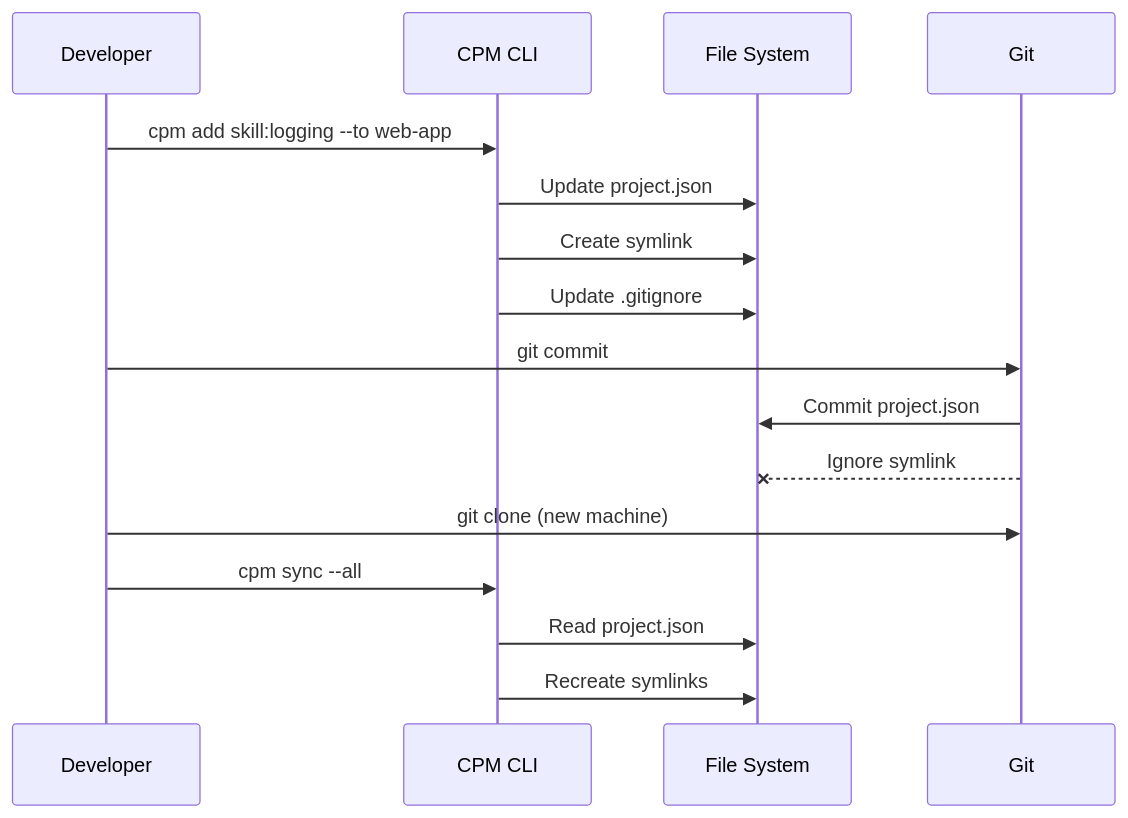
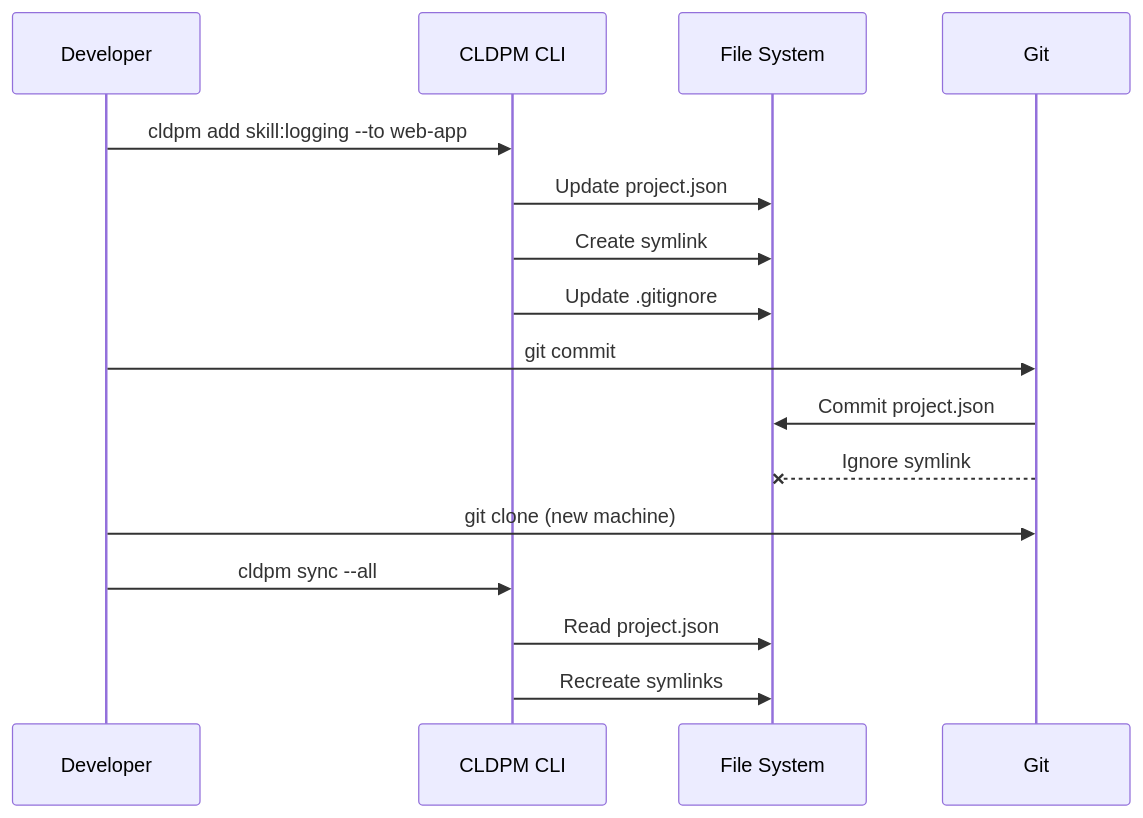
One commit to transilienceai/cldpm changed the fifth of 5 diagrams in README.md. Above: the diagram before and after it, drawn with Mermaid. The commit also changed other lines of this file and 148 other files, not shown here.

Commit message:
chore: update the package name from cpm to cldpm

````diff
--- a/README.md
+++ b/README.md
@@ -291,21 +291,21 @@
 ```mermaid
 sequenceDiagram
     participant Dev as Developer
-    participant CPM as CPM CLI
+    participant CLDPM as CLDPM CLI
     participant FS as File System
     participant Git as Git
 
-    Dev->>CPM: cpm add skill:logging --to web-app
-    CPM->>FS: Update project.json
-    CPM->>FS: Create symlink
-    CPM->>FS: Update .gitignore
+    Dev->>CLDPM: cldpm add skill:logging --to web-app
+    CLDPM->>FS: Update project.json
+    CLDPM->>FS: Create symlink
+    CLDPM->>FS: Update .gitignore
 
     Dev->>Git: git commit
     Git->>FS: Commit project.json
     Git--xFS: Ignore symlink
 
     Dev->>Git: git clone (new machine)
-    Dev->>CPM: cpm sync --all
-    CPM->>FS: Read project.json
-    CPM->>FS: Recreate symlinks
+    Dev->>CLDPM: cldpm sync --all
+    CLDPM->>FS: Read project.json
+    CLDPM->>FS: Recreate symlinks
 ```
````
